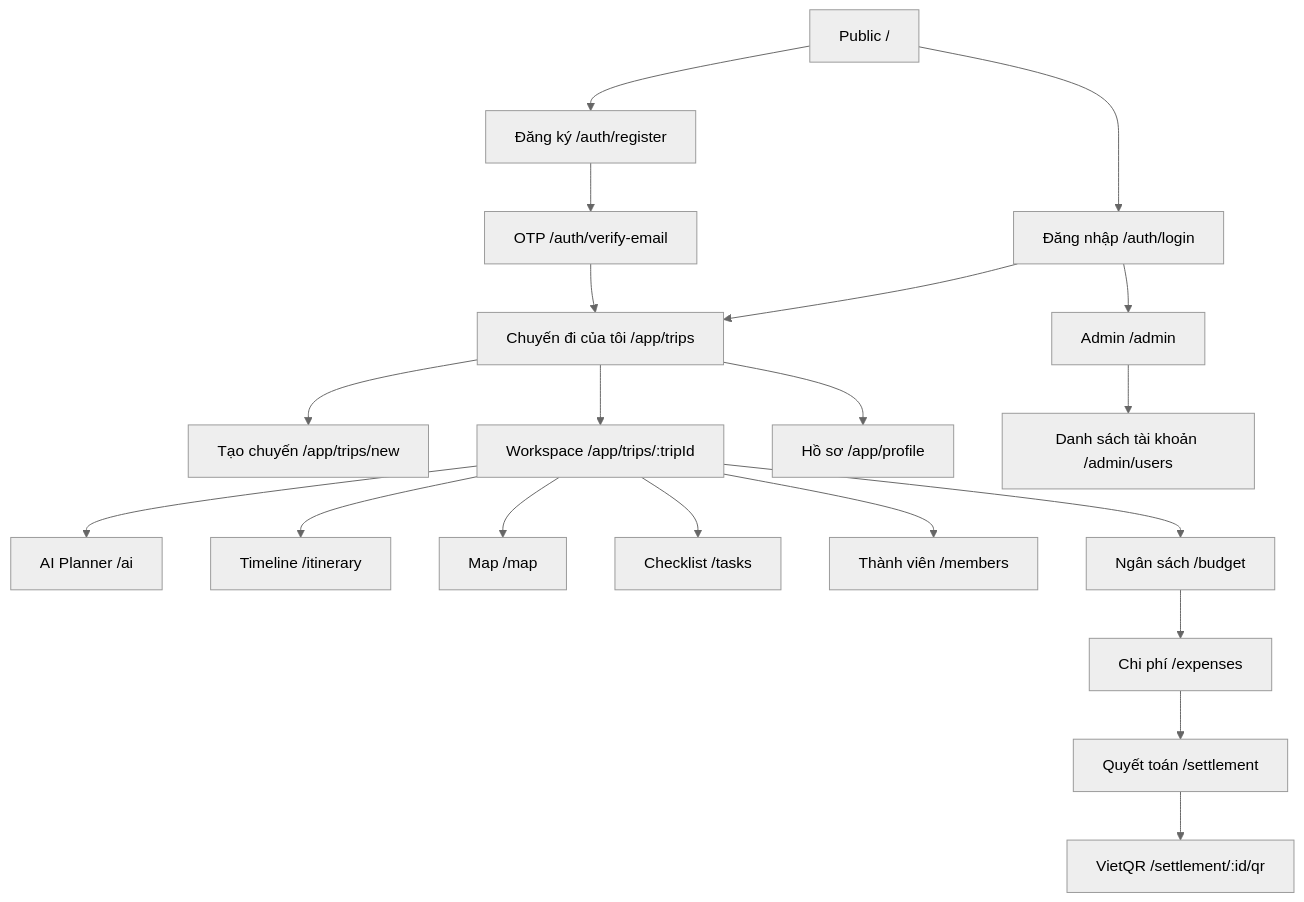
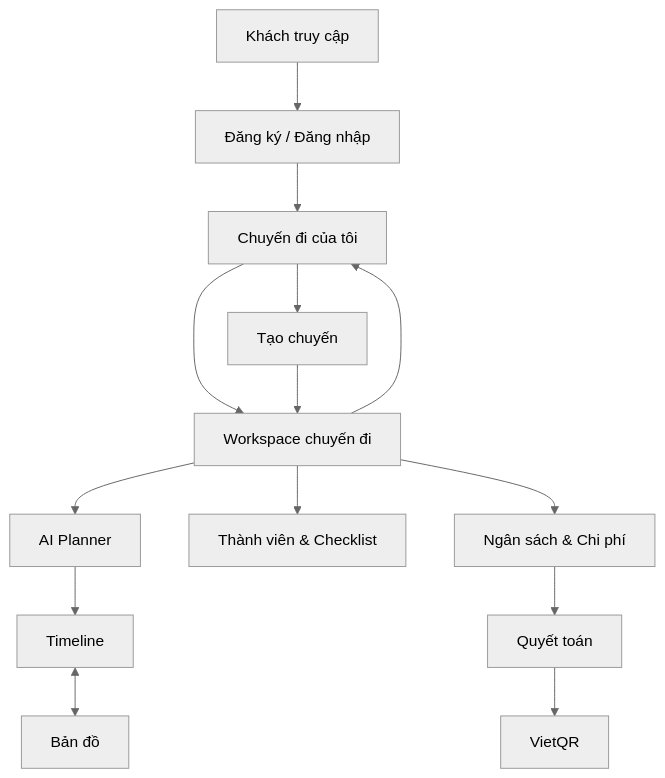
The first of 3 diagrams in 02-design-system/prototype-screens.md (huukhanhh/LingoCraft-AI), drawn with Mermaid (neutral theme) before and after one commit. The commit also changed other lines of this file, not shown here.

````diff
--- a/02-design-system/prototype-screens.md
+++ b/02-design-system/prototype-screens.md
@@ -140,22 +144,16 @@
 ```mermaid
 flowchart TD
-    A[Public /] --> B[Đăng nhập /auth/login]
-    A --> C[Đăng ký /auth/register]
-    C --> D[OTP /auth/verify-email]
-    B --> E[Chuyến đi của tôi /app/trips]
-    D --> E
-    E --> F[Tạo chuyến /app/trips/new]
-    E --> G[Workspace /app/trips/:tripId]
-    E --> H[Hồ sơ /app/profile]
-    G --> I[AI Planner /ai]
-    G --> J[Timeline /itinerary]
-    G --> K[Map /map]
-    G --> L[Checklist /tasks]
-    G --> M[Thành viên /members]
-    G --> N[Ngân sách /budget]
-    N --> O[Chi phí /expenses]
-    O --> P[Quyết toán /settlement]
-    P --> Q[VietQR /settlement/:id/qr]
-    B --> R[Admin /admin]
-    R --> S[Danh sách tài khoản /admin/users]
+  G[Khách truy cập] --> A[Đăng ký / Đăng nhập]
+  A --> D[Chuyến đi của tôi]
+  D --> N[Tạo chuyến]
+  D --> W[Workspace chuyến đi]
+  N --> W
+  W --> P[AI Planner]
+  P --> T[Timeline]
+  T <--> M[Bản đồ]
+  W --> C[Thành viên & Checklist]
+  W --> B[Ngân sách & Chi phí]
+  B --> S[Quyết toán]
+  S --> Q[VietQR]
+  W --> D
 ```
````
